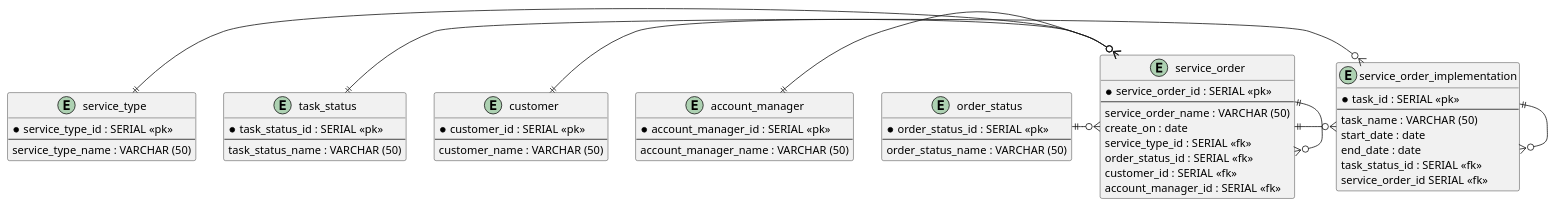
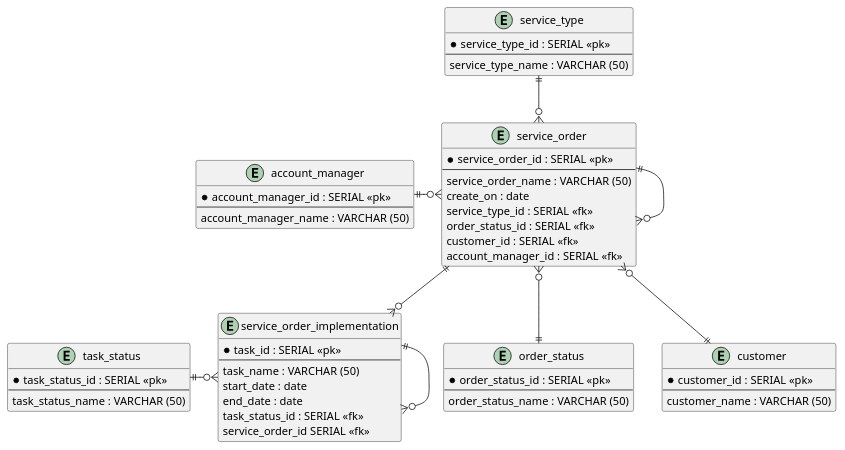
Before and after one commit to lahmbert/BC-Golangs: the diagram in Week_03/Day_11/quiz01.puml, drawn with PlantUML. The commit also changed 2 other files, not shown here.

```diff
--- a/Week_03/Day_11/quiz01.puml
+++ b/Week_03/Day_11/quiz01.puml
@@ -1,62 +1,62 @@
 @startuml devweb
  entity service_order {
     *service_order_id : SERIAL <<pk>> 
     --
     service_order_name : VARCHAR (50)
     create_on : date
     service_type_id : SERIAL <<fk>>
     order_status_id : SERIAL <<fk>>
     customer_id : SERIAL <<fk>>
     account_manager_id : SERIAL <<fk>>
  }
 
  entity service_type {
     *service_type_id : SERIAL <<pk>>
     --
     service_type_name : VARCHAR (50)
  }
 
 entity order_status {
     *order_status_id : SERIAL <<pk>>
     --
     order_status_name : VARCHAR (50)
 }
 
 entity customer {
     *customer_id : SERIAL <<pk>>
     --
     customer_name : VARCHAR (50)
 }
 
 entity account_manager {
     *account_manager_id : SERIAL <<pk>>
     --
     account_manager_name : VARCHAR (50)
 }
 
 entity service_order_implementation {
     *task_id : SERIAL <<pk>>
     --
     task_name : VARCHAR (50)
     start_date : date
     end_date : date
     task_status_id : SERIAL <<fk>>
     service_order_id SERIAL <<fk>>
 }
 
 entity task_status {
     *task_status_id : SERIAL <<pk>>
     --
     task_status_name : VARCHAR (50)
 }
 
-service_type ||-o{service_order
-service_order ||-o{service_order
-customer ||-o{service_order
-account_manager ||-o{service_order
-order_status ||-o{service_order
-service_order ||-o{service_order_implementation
-task_status ||-o{service_order_implementation
-service_order_implementation ||-o{service_order_implementation
+service_type ||-down-o{service_order
+service_order ||--o{service_order
+customer ||-up-o{service_order
+account_manager ||-right-o{service_order
+order_status ||-up-o{service_order
+service_order ||-down-o{service_order_implementation
+task_status ||-right-o{service_order_implementation
+service_order_implementation ||-down-o{service_order_implementation
 
 @enduml
```
